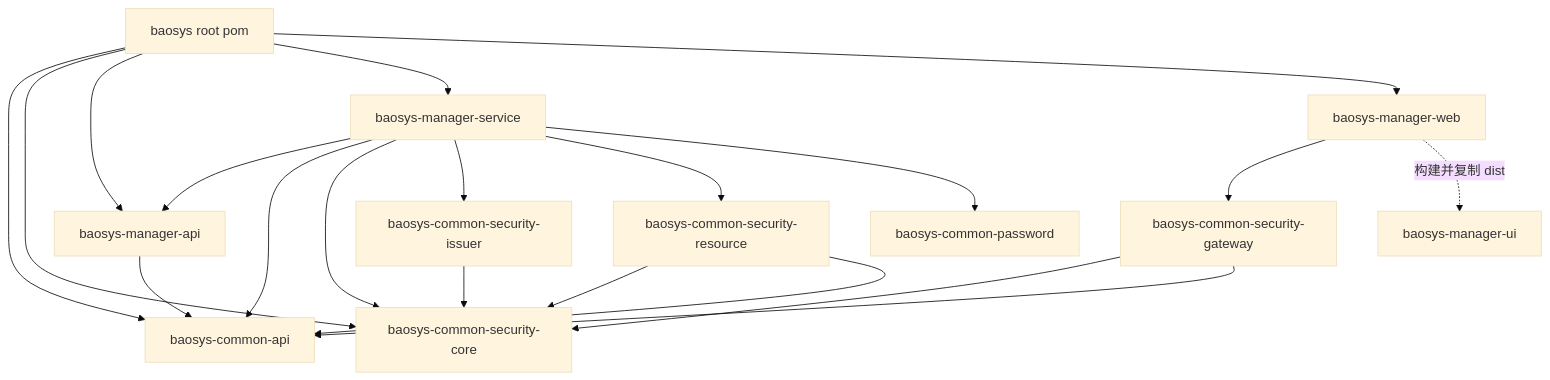
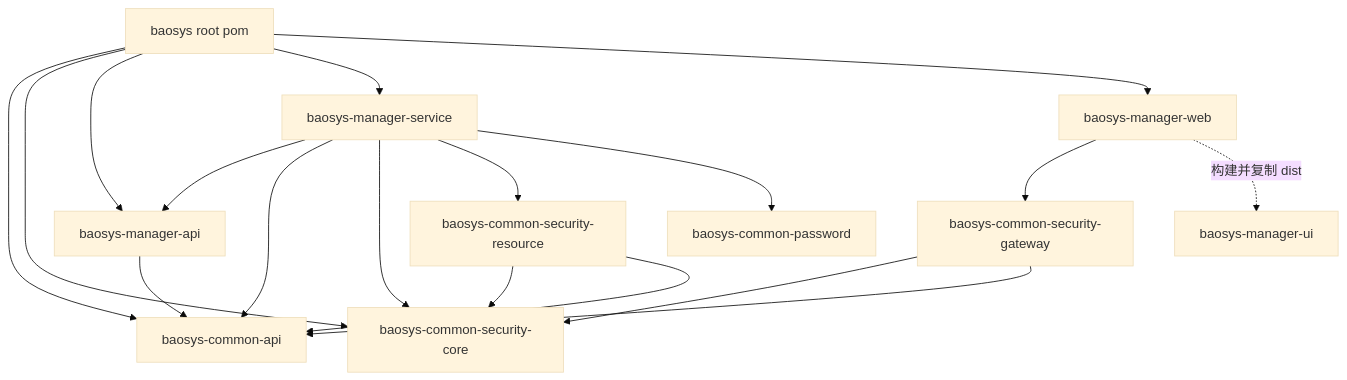
Before and after one commit to bbcdabao/baosys: the second of 2 diagrams in docs/architecture/system_architecture.md, drawn with Mermaid (base theme). The commit also changed other lines of this file and 260 other files, not shown here.

````diff
--- a/docs/architecture/system_architecture.md
+++ b/docs/architecture/system_architecture.md
@@ -96,35 +96,32 @@
 ```mermaid
 flowchart TD
     Root["baosys root pom"]
     CommonApi["baosys-common-api"]
     Core["baosys-common-security-core"]
-    Issuer["baosys-common-security-issuer"]
     Resource["baosys-common-security-resource"]
     Gateway["baosys-common-security-gateway"]
     Password["baosys-common-password"]
     ManagerApi["baosys-manager-api"]
     ManagerService["baosys-manager-service"]
     ManagerWeb["baosys-manager-web"]
     ManagerUi["baosys-manager-ui"]
 
     Root --> CommonApi
     Root --> Core
     Root --> ManagerApi
     Root --> ManagerService
     Root --> ManagerWeb
 
-    Issuer --> Core
     Resource --> Core
     Resource --> CommonApi
     Gateway --> Core
     Gateway --> CommonApi
     ManagerApi --> CommonApi
     ManagerService --> ManagerApi
     ManagerService --> CommonApi
     ManagerService --> Core
-    ManagerService --> Issuer
     ManagerService --> Resource
     ManagerService --> Password
     ManagerWeb --> Gateway
     ManagerWeb -. "构建并复制 dist" .-> ManagerUi
 ```
````
